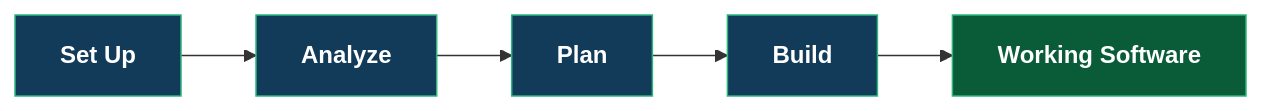
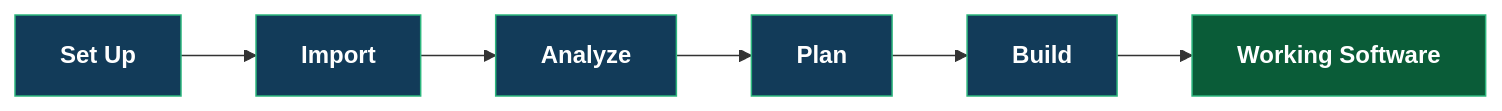
The first of 2 diagrams in docs/QUICK_START.md (webcloudstudio/Drydock), drawn with Mermaid before and after one commit. The commit also changed other lines of this file, not shown here.

````diff
--- a/docs/QUICK_START.md
+++ b/docs/QUICK_START.md
@@ -18,12 +18,13 @@
 ```mermaid
 flowchart LR
-    S["Set Up"] --> A["Analyze"]
+    S["Set Up"] --> I["Import"]
+    I --> A["Analyze"]
     A --> P["Plan"]
-    P --> I["Build"]
-    I --> W["Working Software"]
+    P --> B["Build"]
+    B --> W["Working Software"]
 
     classDef phase fill:#123b59,stroke:#2cb67d,color:#fff,font-weight:bold
     classDef result fill:#0a5c38,stroke:#2cb67d,color:#fff,font-weight:bold
-    class P,S,A,I phase
+    class P,S,I,A,B phase
     class W result
 ```
````
